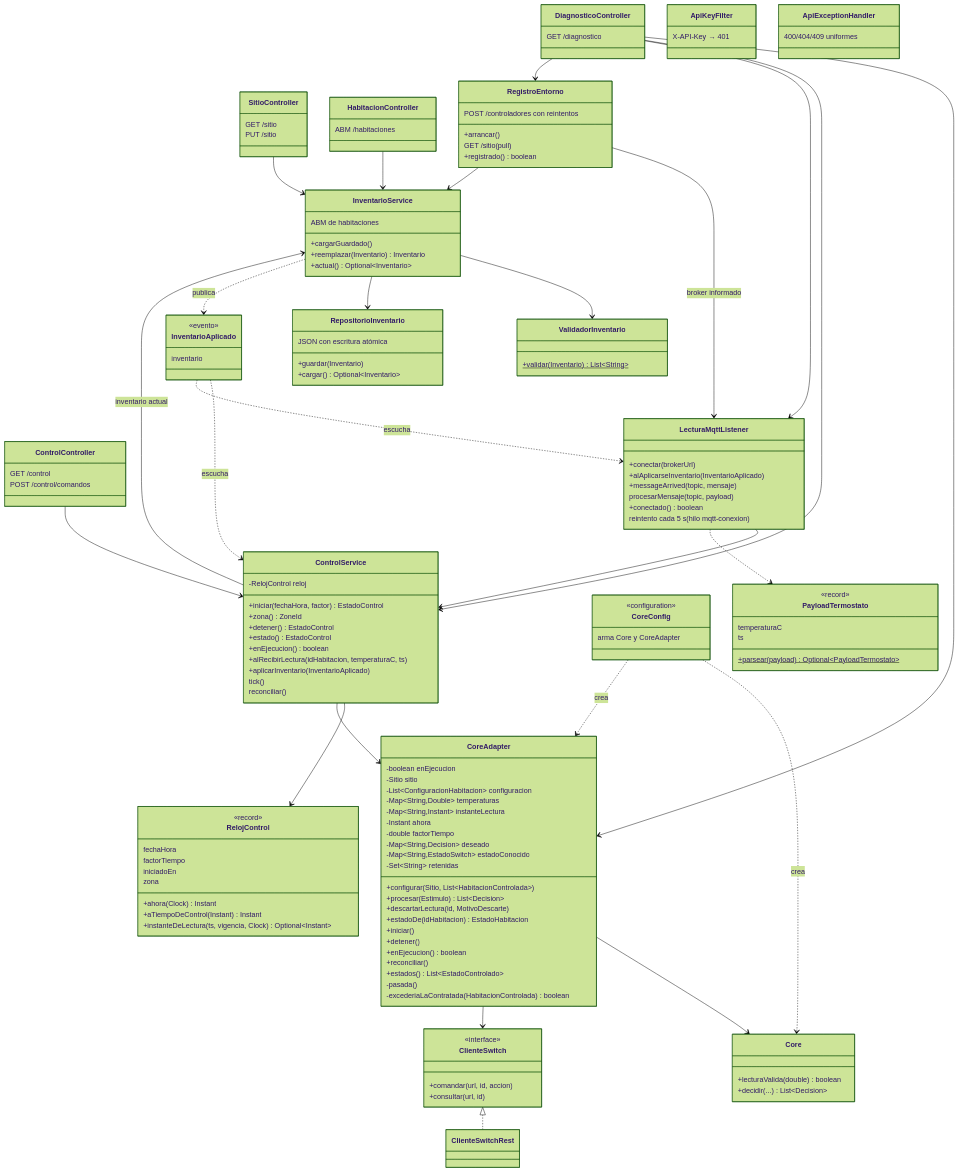
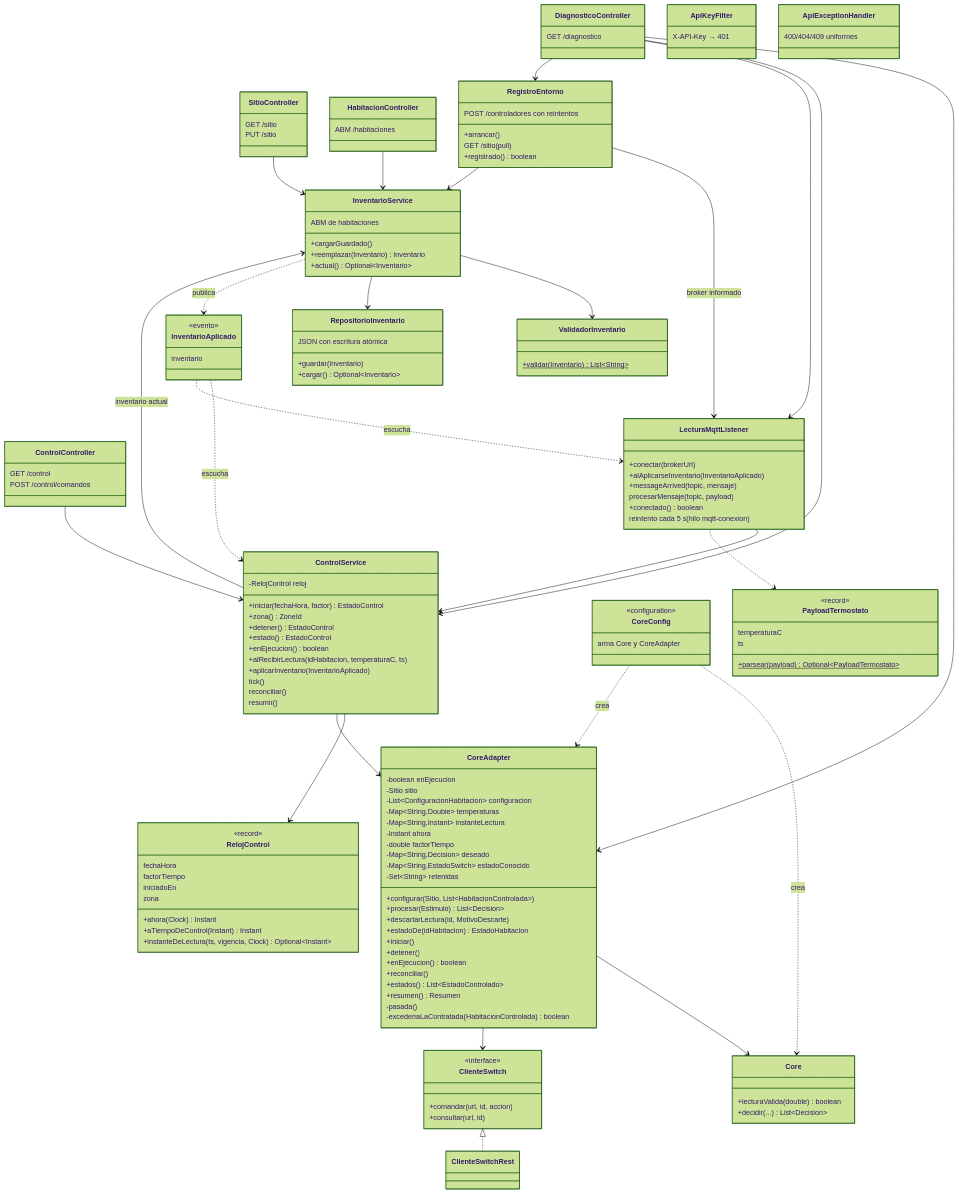
One commit to BrayanBCode/iiss-2026-grupo-4 changed the third of 9 diagrams in docs/arquitectura/4mas1.md. Above: the diagram before and after it, drawn with Mermaid (forest theme). The commit also changed other lines of this file and 8 other files, not shown here.

```diff
--- a/docs/arquitectura/4mas1.md
+++ b/docs/arquitectura/4mas1.md
@@ -260,6 +260,7 @@
       +aplicarInventario(InventarioAplicado)
       tick()
       reconciliar()
+      resumir()
     }
     class RelojControl {
       <<record>>
@@ -292,6 +293,7 @@
       +enEjecucion() boolean
       +reconciliar()
       +estados() List~EstadoControlado~
+      +resumen() Resumen
       -pasada()
       -excederiaLaContratada(HabitacionControlada) boolean
     }
```
